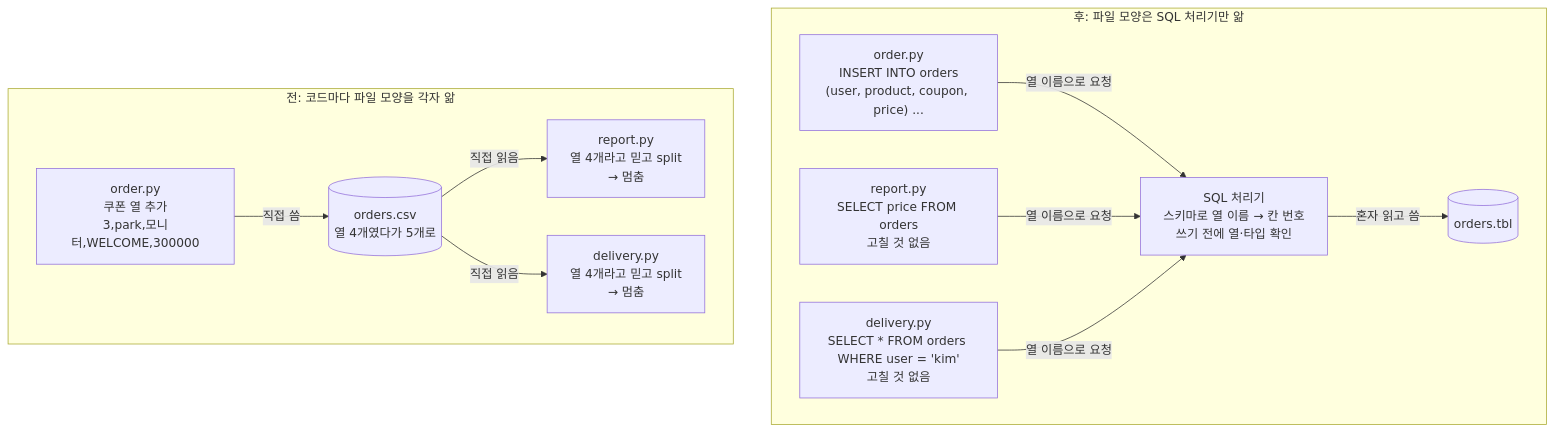
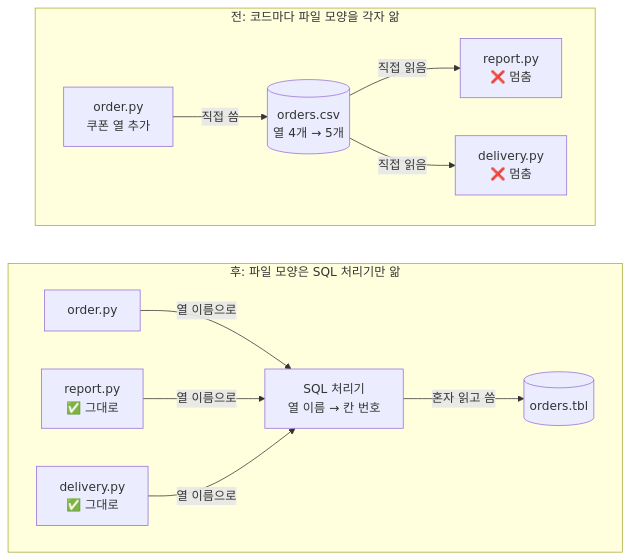
One commit to team1-mini-lab/mini-dbms changed the second of 4 diagrams in README.md. Above: the diagram before and after it, drawn with Mermaid. The commit also changed other lines of this file, not shown here.

First line of the commit message:
README: 슬라이드 캡처 PNG를 표로, B+ 트리 그림을 Mermaid로, 그림 읽기 쉽게 정리

````diff
--- a/README.md
+++ b/README.md
@@ -94,26 +94,17 @@
 ```mermaid
-flowchart LR
+flowchart TB
     subgraph BEFORE["전: 코드마다 파일 모양을 각자 앎"]
         direction LR
-        O1["order.py<br>쿠폰 열 추가<br>3,park,모니터,WELCOME,300000"]
-        F1[("orders.csv<br>열 4개였다가 5개로")]
-        R1["report.py<br>열 4개라고 믿고 split<br>→ 멈춤"]
-        D1["delivery.py<br>열 4개라고 믿고 split<br>→ 멈춤"]
-        O1 -->|직접 씀| F1
-        F1 -->|직접 읽음| R1
-        F1 -->|직접 읽음| D1
+        O1["order.py<br>쿠폰 열 추가"] -->|직접 씀| F1[("orders.csv<br>열 4개 → 5개")]
+        F1 -->|직접 읽음| R1["report.py<br>❌ 멈춤"]
+        F1 -->|직접 읽음| D1["delivery.py<br>❌ 멈춤"]
     end
     subgraph AFTER["후: 파일 모양은 SQL 처리기만 앎"]
         direction LR
-        O2["order.py<br>INSERT INTO orders<br>(user, product, coupon, price) ..."]
-        R2["report.py<br>SELECT price FROM orders<br>고칠 것 없음"]
-        D2["delivery.py<br>SELECT * FROM orders WHERE user = 'kim'<br>고칠 것 없음"]
-        P["SQL 처리기<br>스키마로 열 이름 → 칸 번호<br>쓰기 전에 열·타입 확인"]
-        F2[("orders.tbl")]
-        O2 -->|열 이름으로 요청| P
-        R2 -->|열 이름으로 요청| P
-        D2 -->|열 이름으로 요청| P
-        P -->|혼자 읽고 씀| F2
+        O2["order.py"] -->|열 이름으로| P["SQL 처리기<br>열 이름 → 칸 번호"]
+        R2["report.py<br>✅ 그대로"] -->|열 이름으로| P
+        D2["delivery.py<br>✅ 그대로"] -->|열 이름으로| P
+        P -->|혼자 읽고 씀| F2[("orders.tbl")]
     end
     BEFORE ~~~ AFTER
 ```
````
